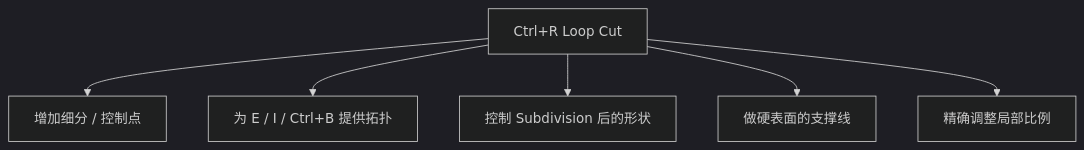
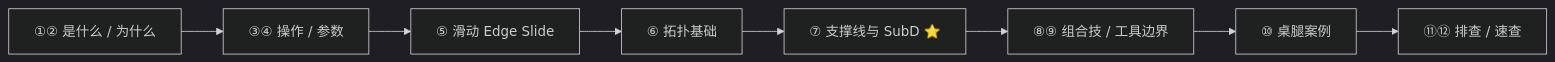
One commit to liuchamp/blenderdsv1 changed the first of 12 diagrams in Blender笔记/00-基础/05-环切与拓扑-Ctrl+R.md. Above: the diagram before and after it, drawn with Mermaid (dark theme). The commit also changed other lines of this file and 16 other files, not shown here.

````diff
--- a/Blender笔记/00-基础/05-环切与拓扑-Ctrl+R.md
+++ b/Blender笔记/00-基础/05-环切与拓扑-Ctrl+R.md
@@ -8,8 +15,10 @@
 ```mermaid
-flowchart TD
-    LC["Ctrl+R Loop Cut"] --> A1["增加细分 / 控制点"]
-    LC --> A2["为 E / I / Ctrl+B 提供拓扑"]
-    LC --> A3["控制 Subdivision 后的形状"]
-    LC --> A4["做硬表面的支撑线"]
-    LC --> A5["精确调整局部比例"]
+flowchart LR
+    A["①② 是什么 / 为什么"] --> B["③④ 操作 / 参数"]
+    B --> C["⑤ 滑动 Edge Slide"]
+    C --> D["⑥ 拓扑基础"]
+    D --> E["⑦ 支撑线与 SubD ⭐"]
+    E --> F["⑧⑨ 组合技 / 工具边界"]
+    F --> G["⑩ 桌腿案例"]
+    G --> H["⑪⑫ 排查 / 速查"]
 ```
````
